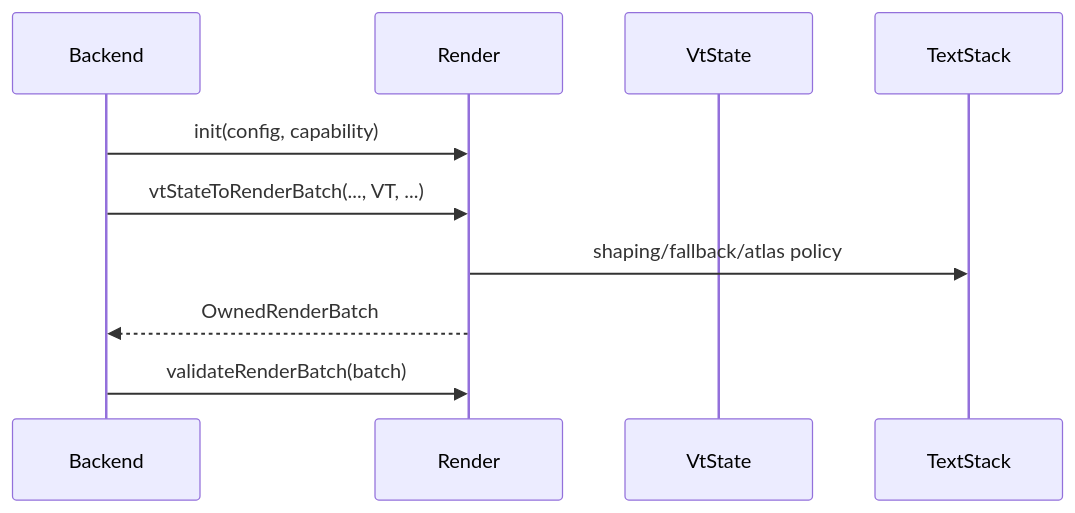
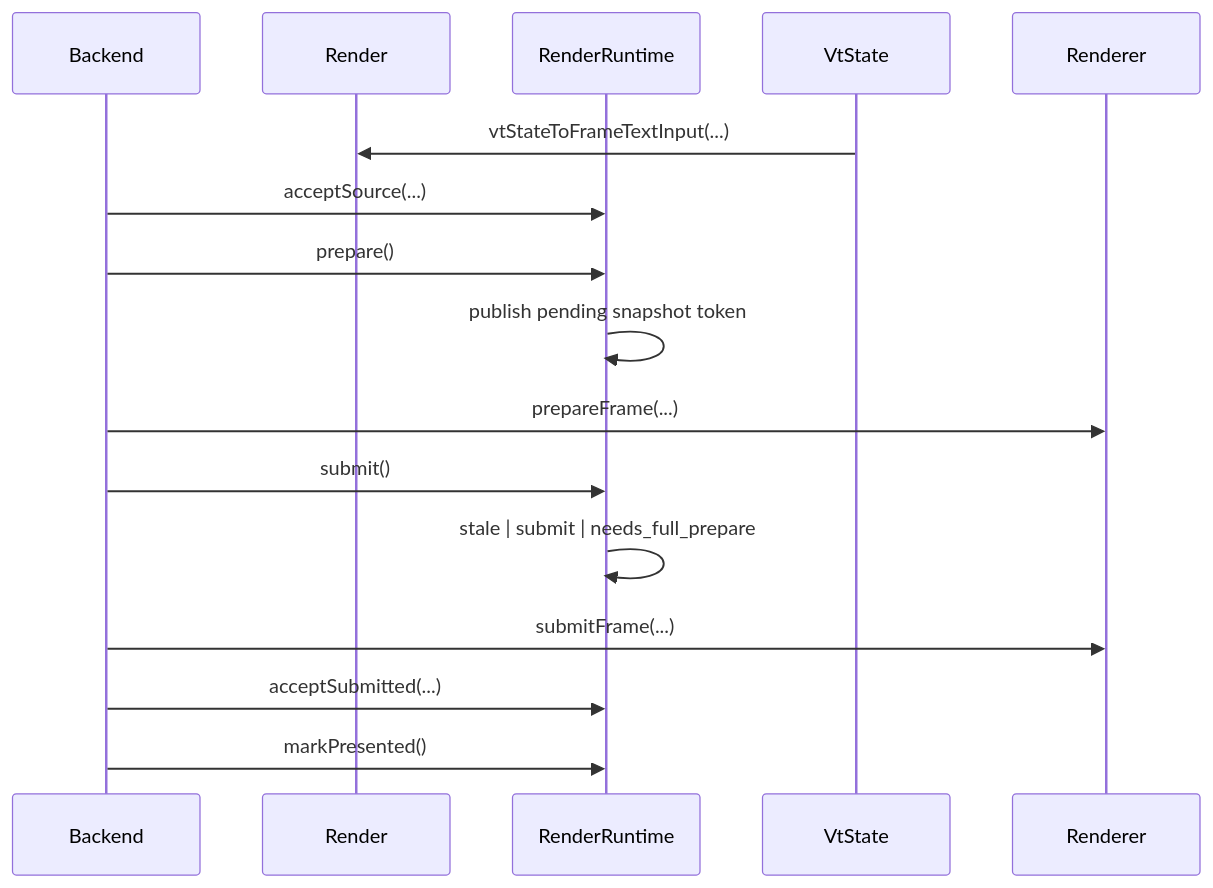
Before and after one commit to LaurenceGuws/howl-render-core: the third of 3 diagrams in design.md, drawn with Mermaid. The commit also changed other lines of this file and 9 other files, not shown here.

Commit message:
render: tighten owner surfaces and runtime control spine

````diff
--- a/design.md
+++ b/design.md
@@ -52,13 +55,19 @@
 ```mermaid
 sequenceDiagram
     participant Backend
     participant RC as Render
+    participant RR as RenderRuntime
     participant VT as VtState
-    participant TS as TextStack
+    participant Renderer
 
-    Backend->>RC: init(config, capability)
-    Backend->>RC: vtStateToRenderBatch(..., VT, ...)
-    RC->>TS: shaping/fallback/atlas policy
-    RC-->>Backend: OwnedRenderBatch
-    Backend->>RC: validateRenderBatch(batch)
+    VT->>RC: vtStateToFrameTextInput(...)
+    Backend->>RR: acceptSource(...)
+    Backend->>RR: prepare()
+    RR->>RR: publish pending snapshot token
+    Backend->>Renderer: prepareFrame(...)
+    Backend->>RR: submit()
+    RR->>RR: stale | submit | needs_full_prepare
+    Backend->>Renderer: submitFrame(...)
+    Backend->>RR: acceptSubmitted(...)
+    Backend->>RR: markPresented()
 ```
````
